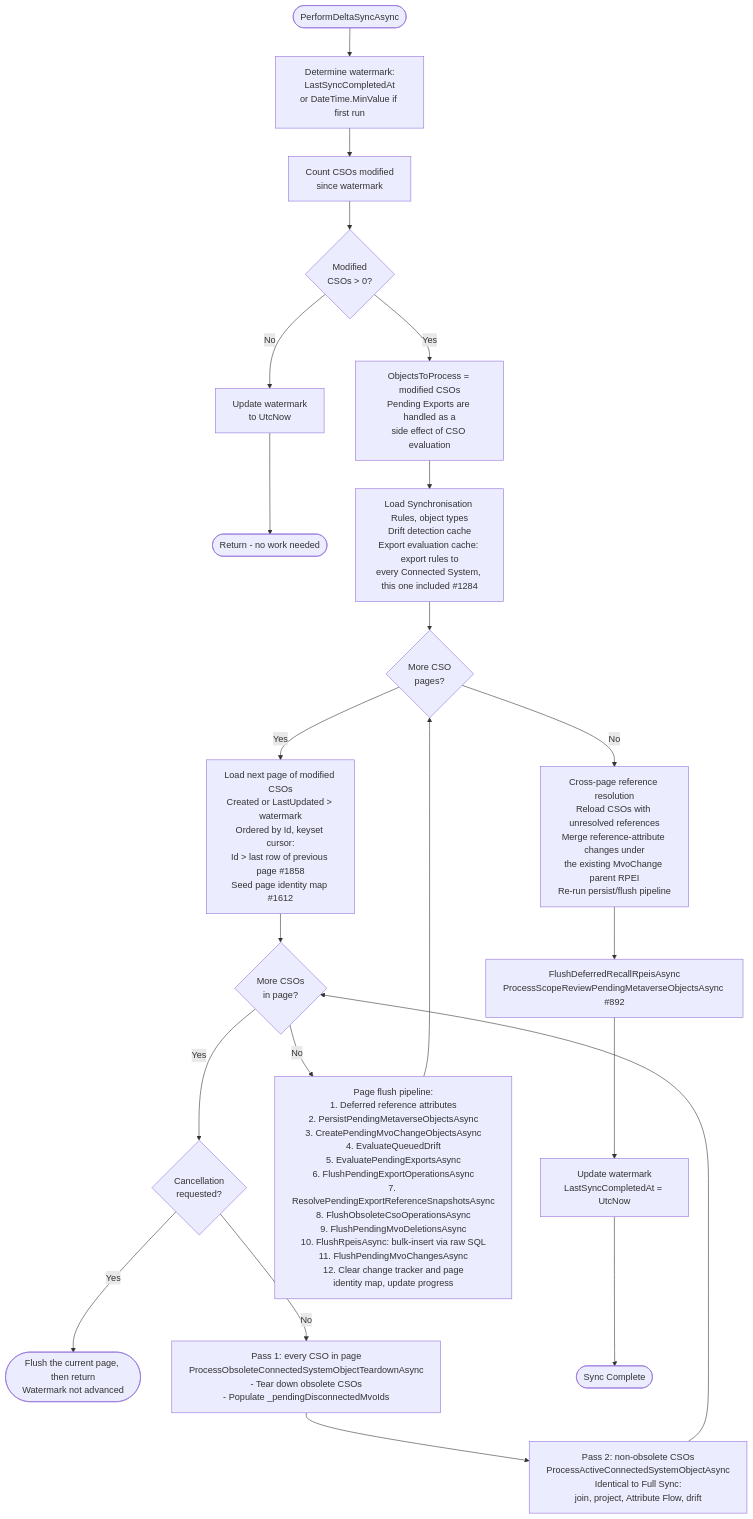
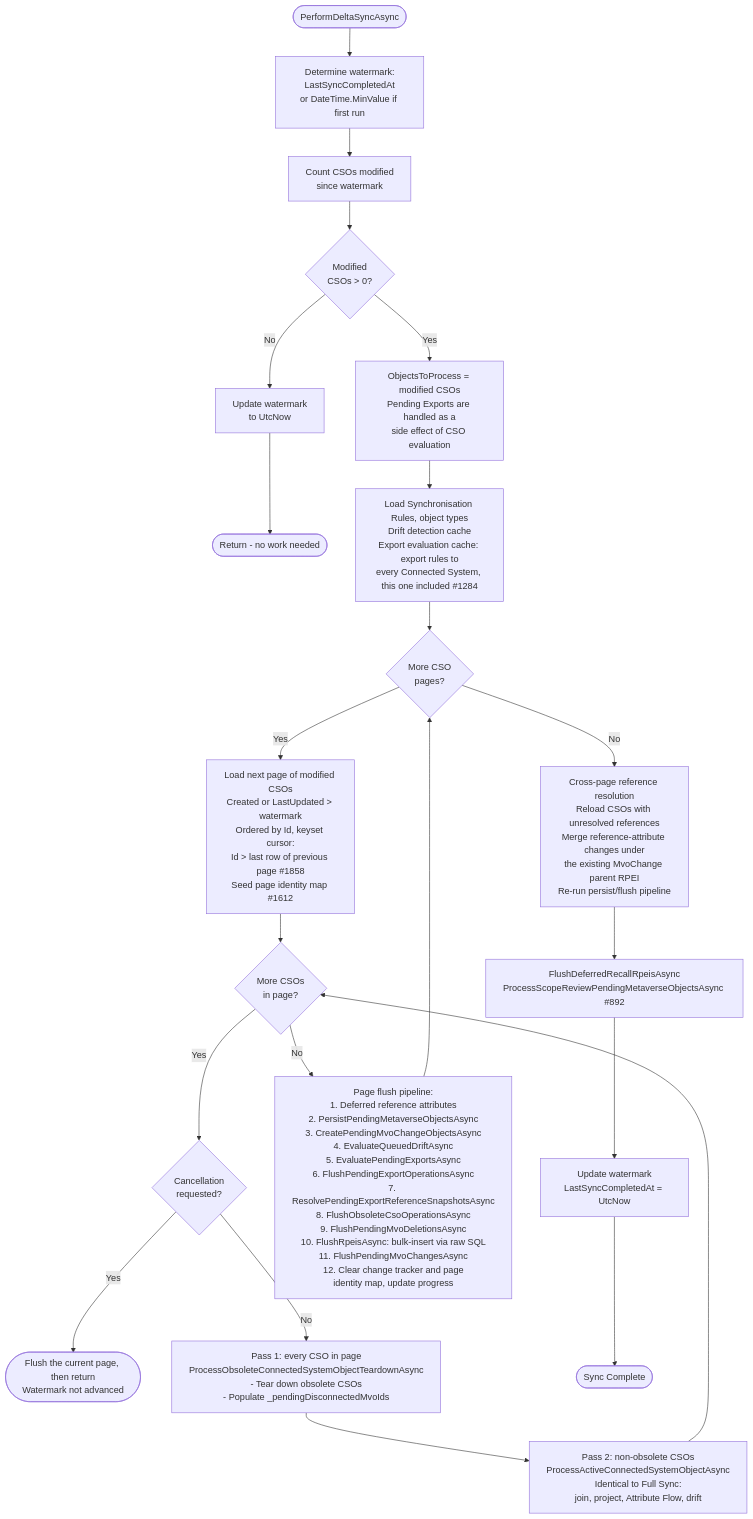
Before and after one commit to TetronIO/JIM: the first of 2 diagrams in docs/developer/diagrams/DELTA_SYNC_FLOW.md, drawn with Mermaid. The commit also changed 2 other files, not shown here.

Commit message:
docs(#242): developer guide and sync diagrams reflect drift-checked generated exports
Claude-Session: https://claude.ai/code/session_015UCjAcvVVyEChmUDNtFUWz

````diff
--- a/docs/developer/diagrams/DELTA_SYNC_FLOW.md
+++ b/docs/developer/diagrams/DELTA_SYNC_FLOW.md
@@ -23,32 +23,32 @@
 ```mermaid
 flowchart TD
     Start([PerformDeltaSyncAsync]) --> Watermark[Determine watermark:<br/>LastSyncCompletedAt<br/>or DateTime.MinValue if first run]
 
     Watermark --> CountModified[Count CSOs modified<br/>since watermark]
     CountModified --> HasChanges{Modified<br/>CSOs > 0?}
 
     HasChanges -->|No| EarlyWatermark[Update watermark<br/>to UtcNow]
     EarlyWatermark --> EarlyDone([Return - no work needed])
 
     HasChanges -->|Yes| CountPE[ObjectsToProcess = modified CSOs<br/>Pending Exports are handled as a<br/>side effect of CSO evaluation]
     CountPE --> LoadCaches[Load Synchronisation Rules, object types<br/>Drift detection cache<br/>Export evaluation cache: export rules to<br/>every Connected System, this one included #1284]
 
     LoadCaches --> PageLoop{More CSO<br/>pages?}
 
     PageLoop -->|Yes| LoadPage[Load next page of modified CSOs<br/>Created or LastUpdated > watermark<br/>Ordered by Id, keyset cursor:<br/>Id > last row of previous page #1858<br/>Seed page identity map #1612]
     LoadPage --> CsoLoop{More CSOs<br/>in page?}
 
     CsoLoop -->|Yes| CheckCancel{Cancellation<br/>requested?}
     CheckCancel -->|Yes| Return([Flush the current page, then return<br/>Watermark not advanced])
     CheckCancel -->|No| Pass1[Pass 1: every CSO in page<br/>ProcessObsoleteConnectedSystemObjectTeardownAsync<br/>- Tear down obsolete CSOs<br/>- Populate _pendingDisconnectedMvoIds]
     Pass1 --> Pass2[Pass 2: non-obsolete CSOs<br/>ProcessActiveConnectedSystemObjectAsync<br/>Identical to Full Sync:<br/>join, project, Attribute Flow, drift]
     Pass2 --> CsoLoop
 
-    CsoLoop -->|No| PageFlush[Page flush pipeline:<br/>1. Deferred reference attributes<br/>2. PersistPendingMetaverseObjectsAsync<br/>3. CreatePendingMvoChangeObjectsAsync<br/>4. EvaluateQueuedDrift<br/>5. EvaluatePendingExportsAsync<br/>6. FlushPendingExportOperationsAsync<br/>7. ResolvePendingExportReferenceSnapshotsAsync<br/>8. FlushObsoleteCsoOperationsAsync<br/>9. FlushPendingMvoDeletionsAsync<br/>10. FlushRpeisAsync: bulk-insert via raw SQL<br/>11. FlushPendingMvoChangesAsync<br/>12. Clear change tracker and page<br/>identity map, update progress]
+    CsoLoop -->|No| PageFlush[Page flush pipeline:<br/>1. Deferred reference attributes<br/>2. PersistPendingMetaverseObjectsAsync<br/>3. CreatePendingMvoChangeObjectsAsync<br/>4. EvaluateQueuedDriftAsync<br/>5. EvaluatePendingExportsAsync<br/>6. FlushPendingExportOperationsAsync<br/>7. ResolvePendingExportReferenceSnapshotsAsync<br/>8. FlushObsoleteCsoOperationsAsync<br/>9. FlushPendingMvoDeletionsAsync<br/>10. FlushRpeisAsync: bulk-insert via raw SQL<br/>11. FlushPendingMvoChangesAsync<br/>12. Clear change tracker and page<br/>identity map, update progress]
     PageFlush --> PageLoop
 
     PageLoop -->|No| CrossPage[Cross-page reference resolution<br/>Reload CSOs with unresolved references<br/>Merge reference-attribute changes under<br/>the existing MvoChange parent RPEI<br/>Re-run persist/flush pipeline]
     CrossPage --> PostPasses[FlushDeferredRecallRpeisAsync<br/>ProcessScopeReviewPendingMetaverseObjectsAsync #892]
     PostPasses --> UpdateWatermark[Update watermark<br/>LastSyncCompletedAt = UtcNow]
     UpdateWatermark --> Done([Sync Complete])
 ```
````
